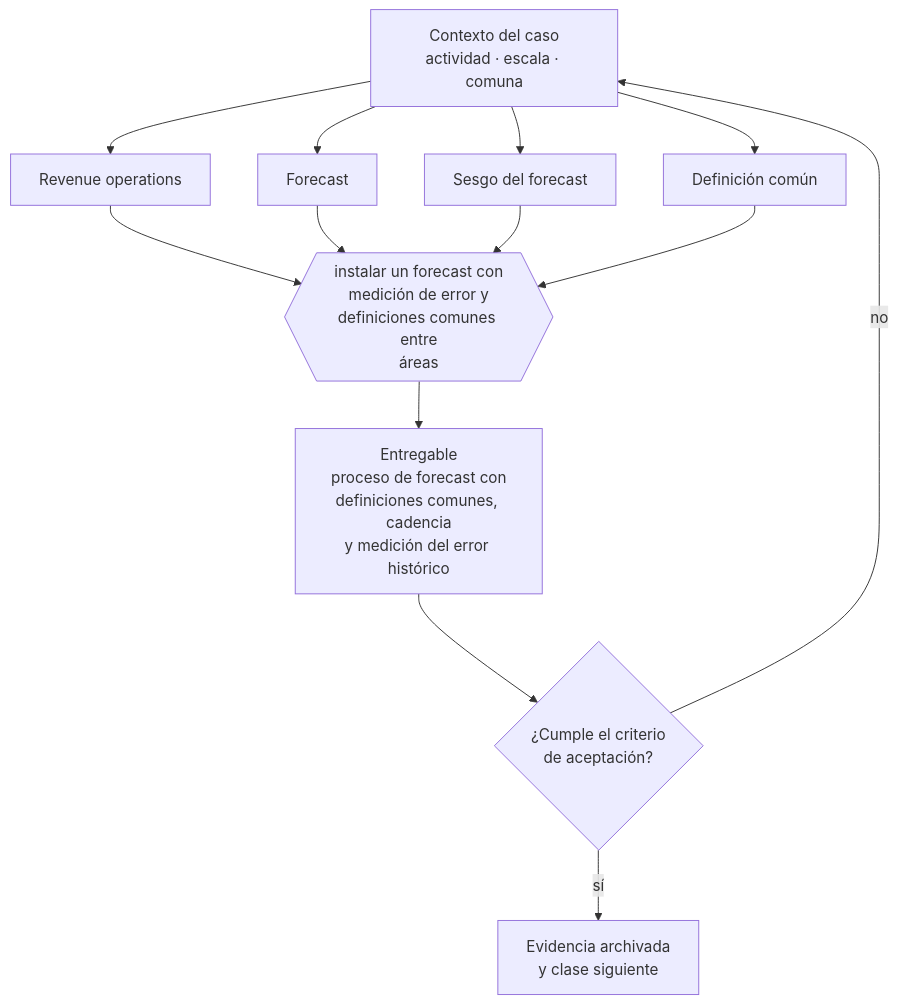
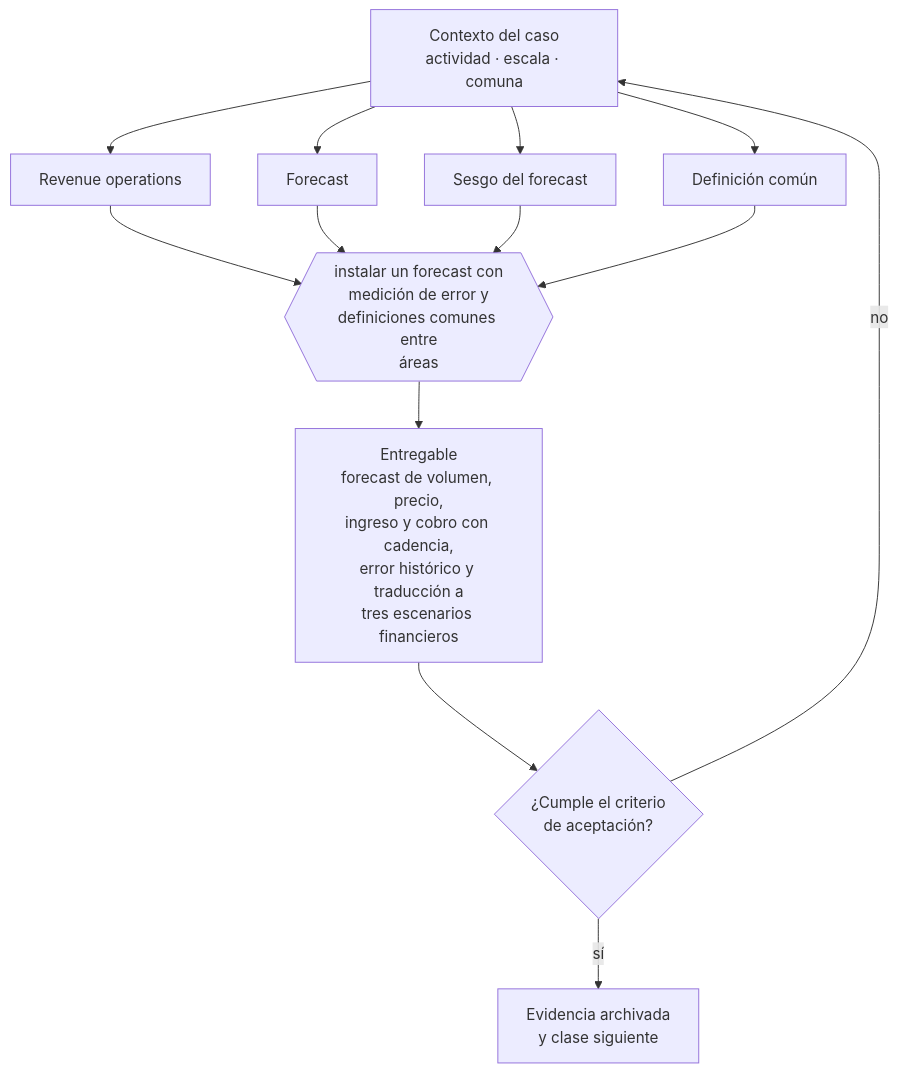
One commit to vladimiracunadev-create/modern-business-creation-program changed the diagram in curriculum/part-14-ventas-marketing-y-experiencia-de-cliente/class-14-revenue-operations-y-forecast/README.md. Above: the diagram before and after it, drawn with Mermaid. The commit also changed other lines of this file and 48 other files, not shown here.

````diff
--- a/curriculum/part-14-ventas-marketing-y-experiencia-de-cliente/class-14-revenue-operations-y-forecast/README.md
+++ b/curriculum/part-14-ventas-marketing-y-experiencia-de-cliente/class-14-revenue-operations-y-forecast/README.md
@@ -34,13 +34,13 @@
 ```mermaid
 flowchart TB
     C["Contexto del caso<br/>actividad · escala · comuna"]
     C --> A1["Revenue operations"]
     C --> A2["Forecast"]
     C --> A3["Sesgo del forecast"]
     C --> A4["Definición común"]
     A1 & A2 & A3 & A4 --> D{{"instalar un forecast con<br/>medición de error y<br/>definiciones comunes entre<br/>áreas"}}
-    D --> E["Entregable<br/>proceso de forecast con<br/>definiciones comunes, cadencia<br/>y medición del error histórico"]
+    D --> E["Entregable<br/>forecast de volumen, precio,<br/>ingreso y cobro con cadencia,<br/>error histórico y traducción a<br/>tres escenarios financieros"]
     E --> V{"¿Cumple el criterio<br/>de aceptación?"}
     V -->|sí| S["Evidencia archivada<br/>y clase siguiente"]
     V -->|no| C
 ```
````
